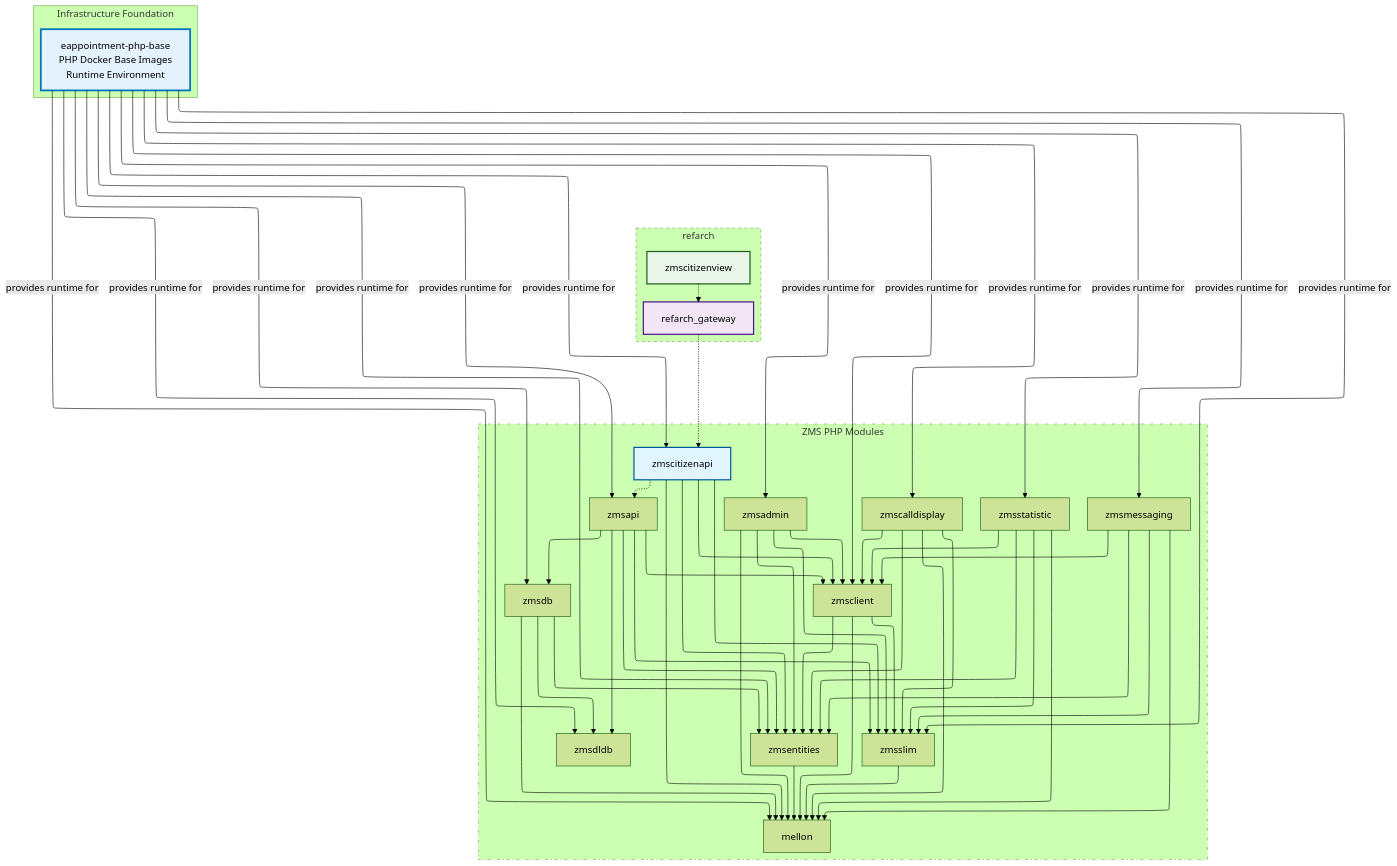
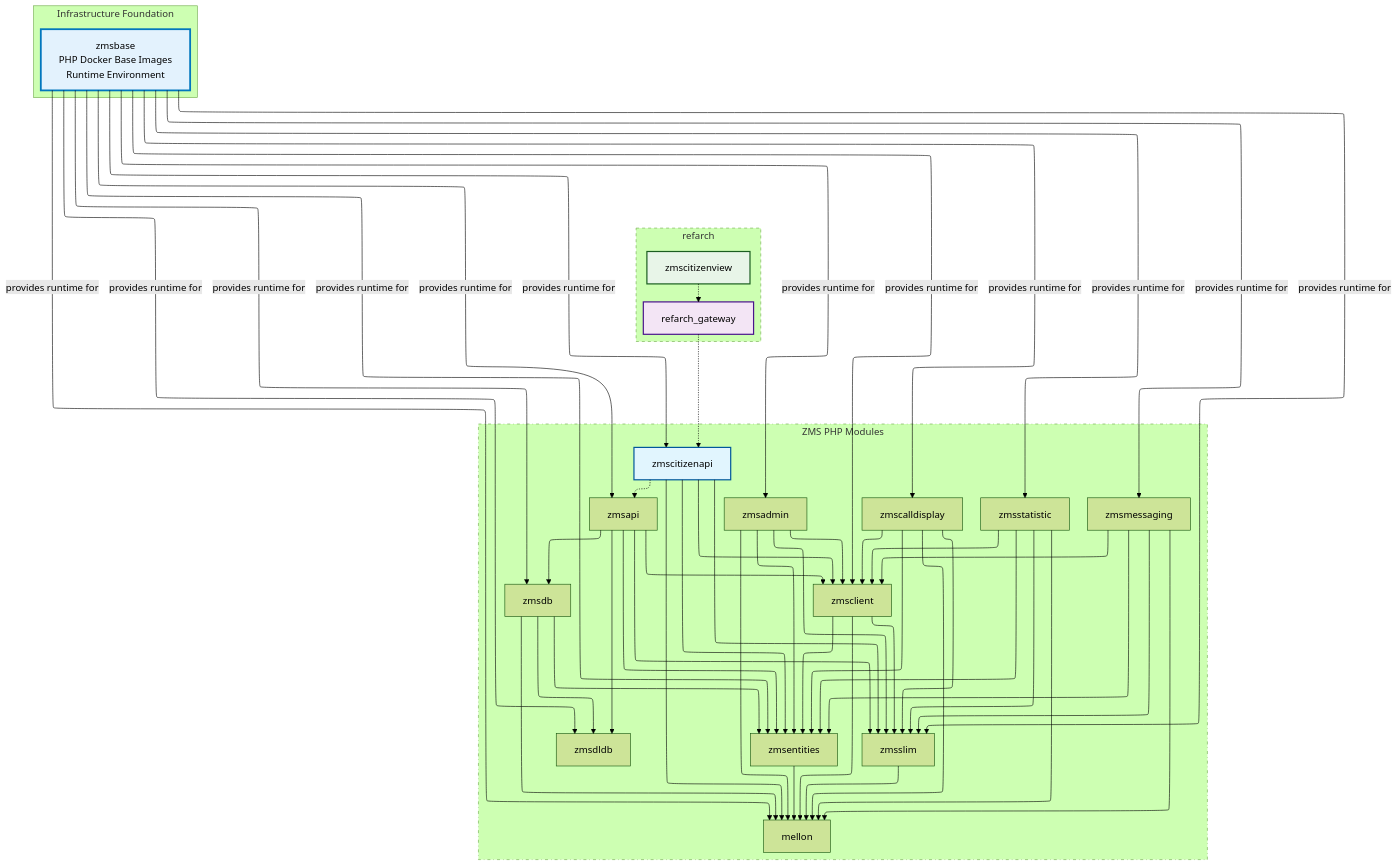
One commit to it-at-m/eappointment changed the diagram in docs/en/setup-and-development/php-base-images.md. Above: the diagram before and after it, drawn with Mermaid (forest theme). The commit also changed other lines of this file and 32 other files, not shown here.

First line of the commit message:
chore(ZMS): move php-base images into monorepo as zmsbase

```diff
--- a/docs/en/setup-and-development/php-base-images.md
+++ b/docs/en/setup-and-development/php-base-images.md
@@ -47,7 +50,7 @@
 %%{init: {"flowchart": {"defaultRenderer":"elk"}}}%%
 graph TD
     subgraph InfrastructureFoundation["Infrastructure Foundation"]
-        PHPBASE["eappointment-php-base<br>PHP Docker Base Images<br>Runtime Environment"]
+        PHPBASE["zmsbase<br>PHP Docker Base Images<br>Runtime Environment"]
     end
 
     zmsapi --> zmsslim
```
